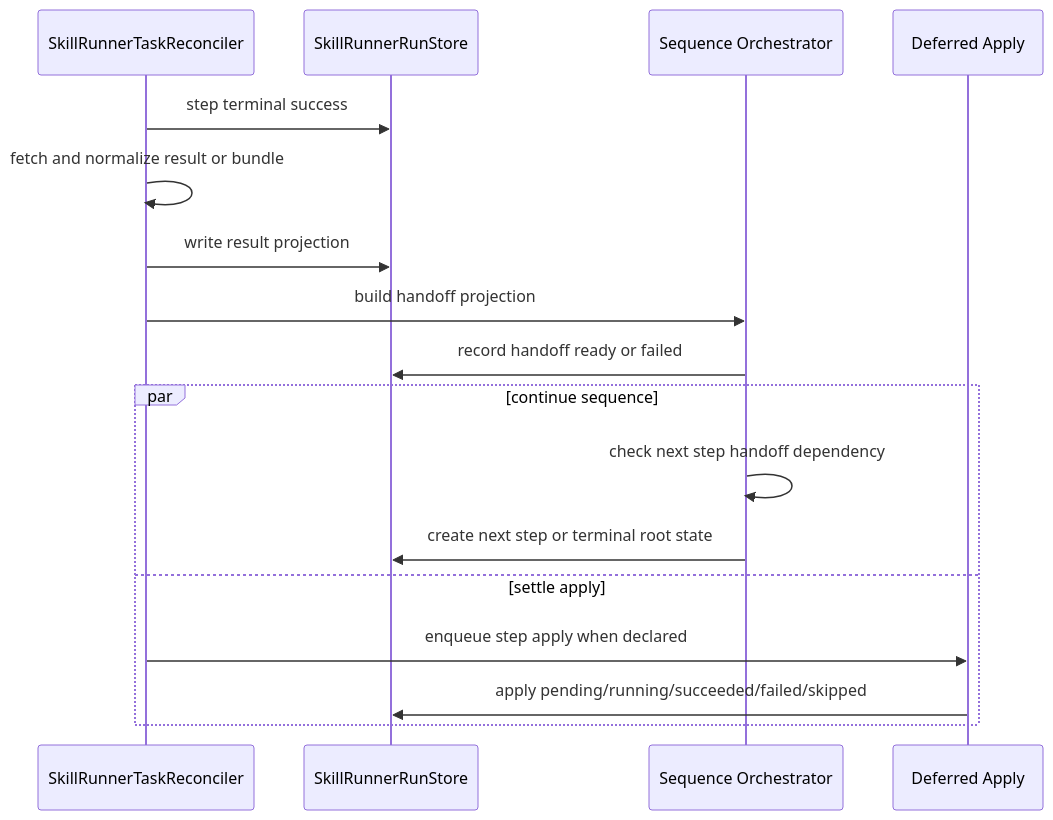
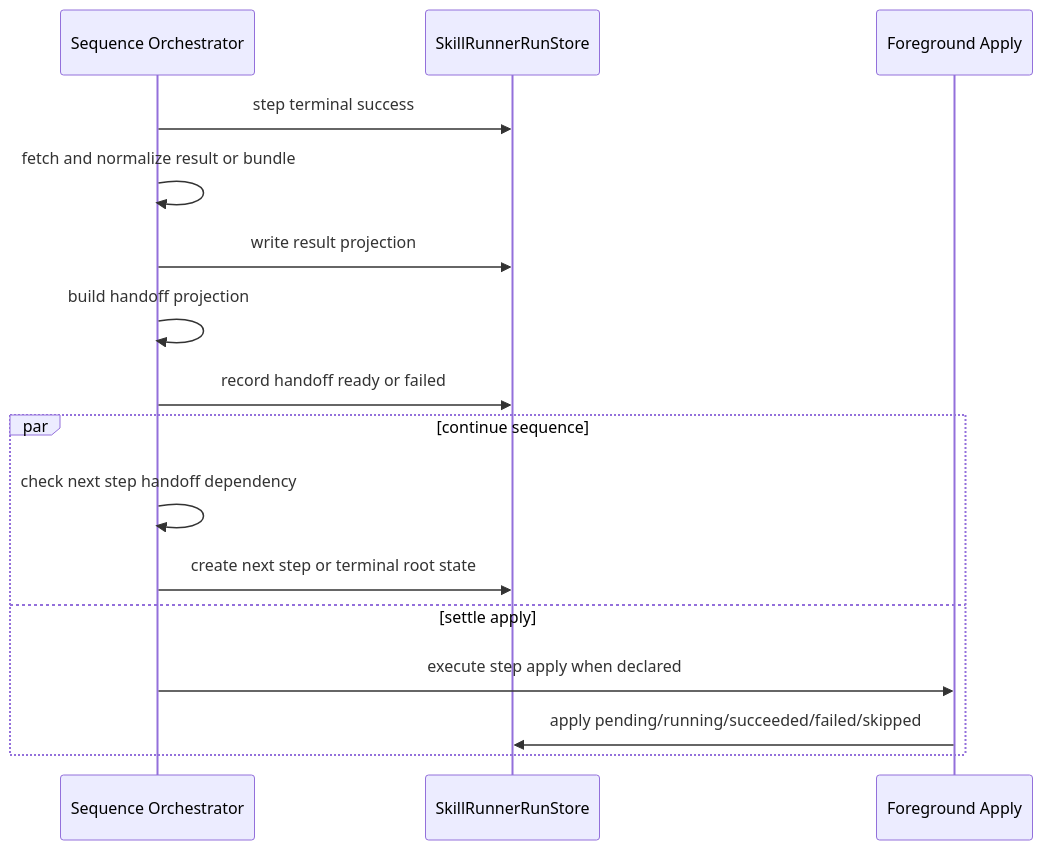
The third of 3 diagrams in doc/skillrunner-sequence-recovery-state-machine.md (leike0813/zotero-agents), drawn with Mermaid before and after one commit. The commit also changed other lines of this file and 192 other files, not shown here.

Commit message:
Migrate skillrunner foreground apply & Split synthesis runtime DB & Tweak skillrunner UI behaviour. (Failure-recovery reconcile not functional)

````diff
--- a/doc/skillrunner-sequence-recovery-state-machine.md
+++ b/doc/skillrunner-sequence-recovery-state-machine.md
@@ -86,21 +89,20 @@
 ```mermaid
 sequenceDiagram
-  participant R as SkillRunnerTaskReconciler
+  participant Seq as Sequence Orchestrator
   participant Store as SkillRunnerRunStore
-  participant Seq as Sequence Orchestrator
-  participant Apply as Deferred Apply
+  participant Apply as Foreground Apply
 
-  R->>Store: step terminal success
-  R->>R: fetch and normalize result or bundle
-  R->>Store: write result projection
-  R->>Seq: build handoff projection
+  Seq->>Store: step terminal success
+  Seq->>Seq: fetch and normalize result or bundle
+  Seq->>Store: write result projection
+  Seq->>Seq: build handoff projection
   Seq->>Store: record handoff ready or failed
 
   par continue sequence
     Seq->>Seq: check next step handoff dependency
     Seq->>Store: create next step or terminal root state
   and settle apply
-    R->>Apply: enqueue step apply when declared
+    Seq->>Apply: execute step apply when declared
     Apply->>Store: apply pending/running/succeeded/failed/skipped
   end
 ```
````
